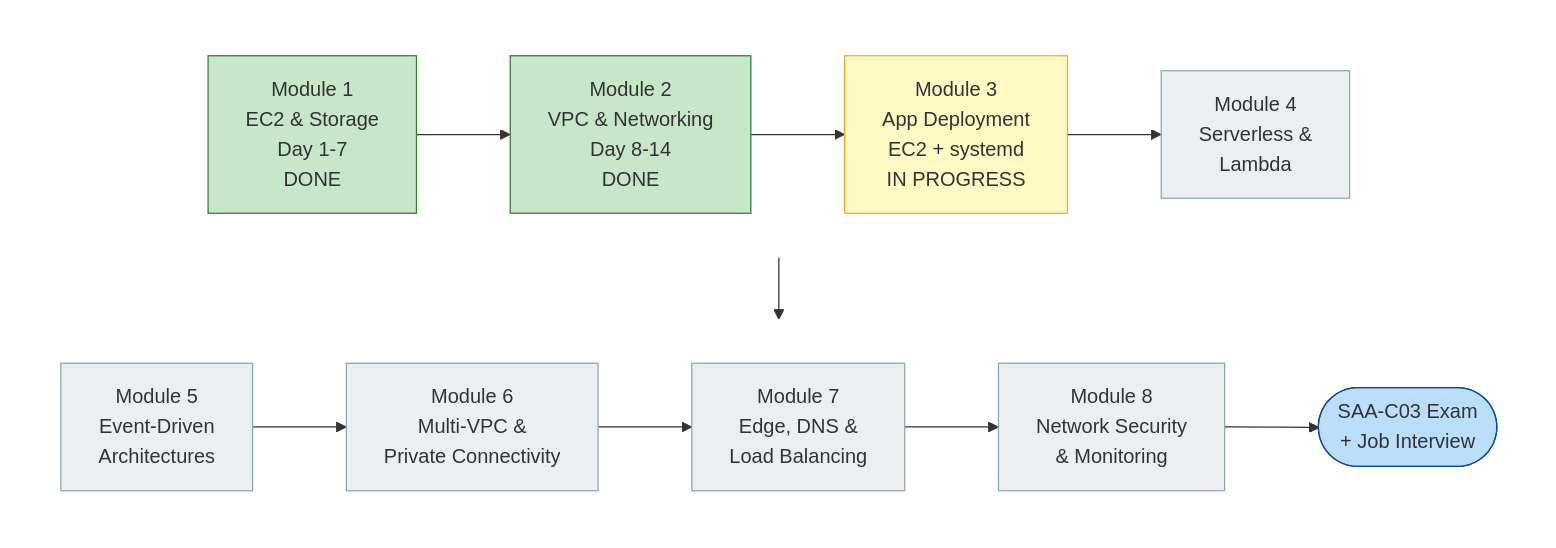
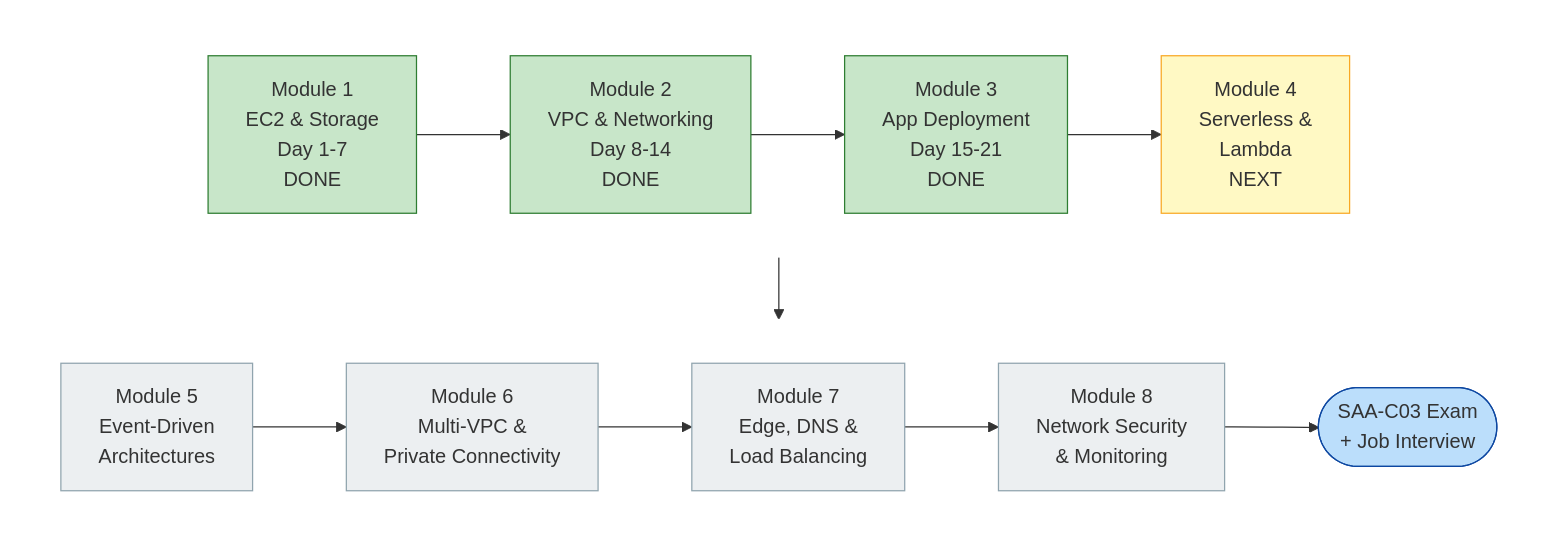
Before and after one commit to JASIM16027/AWS-NOTES: the diagram in images/src/00-course-roadmap.mmd, drawn with Mermaid. The commit also changed 20 other files, not shown here.

First line of the commit message:
Add Module 3 Day 17-21: CloudWatch Agent, systemd, Nginx, PM2/config/logs, CI/CD

```diff
--- a/images/src/00-course-roadmap.mmd
+++ b/images/src/00-course-roadmap.mmd
@@ -1,26 +1,26 @@
 flowchart TB
   subgraph R1[" "]
     direction LR
     M1["Module 1<br/>EC2 & Storage<br/>Day 1-7<br/>DONE"] --> M2["Module 2<br/>VPC & Networking<br/>Day 8-14<br/>DONE"]
-    M2 --> M3["Module 3<br/>App Deployment<br/>EC2 + systemd<br/>IN PROGRESS"]
-    M3 --> M4["Module 4<br/>Serverless &<br/>Lambda"]
+    M2 --> M3["Module 3<br/>App Deployment<br/>Day 15-21<br/>DONE"]
+    M3 --> M4["Module 4<br/>Serverless &<br/>Lambda<br/>NEXT"]
   end
   subgraph R2[" "]
     direction LR
     M5["Module 5<br/>Event-Driven<br/>Architectures"] --> M6["Module 6<br/>Multi-VPC &<br/>Private Connectivity"]
     M6 --> M7["Module 7<br/>Edge, DNS &<br/>Load Balancing"]
     M7 --> M8["Module 8<br/>Network Security<br/>& Monitoring"]
     M8 --> GOAL(["SAA-C03 Exam<br/>+ Job Interview"])
   end
   R1 --> R2
   style R1 fill:#ffffff,stroke:#ffffff
   style R2 fill:#ffffff,stroke:#ffffff
   style M1 fill:#c8e6c9,stroke:#2e7d32
   style M2 fill:#c8e6c9,stroke:#2e7d32
-  style M3 fill:#fff9c4,stroke:#f9a825
-  style M4 fill:#eceff1,stroke:#90a4ae
+  style M3 fill:#c8e6c9,stroke:#2e7d32
+  style M4 fill:#fff9c4,stroke:#f9a825
   style M5 fill:#eceff1,stroke:#90a4ae
   style M6 fill:#eceff1,stroke:#90a4ae
   style M7 fill:#eceff1,stroke:#90a4ae
   style M8 fill:#eceff1,stroke:#90a4ae
   style GOAL fill:#bbdefb,stroke:#0d47a1
```
